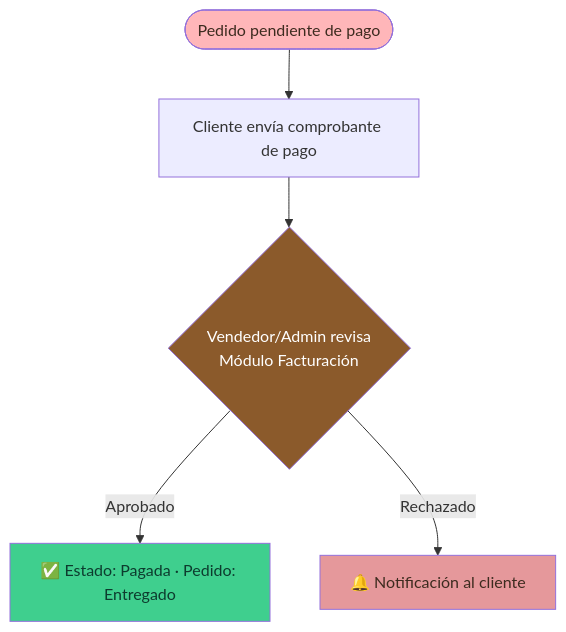
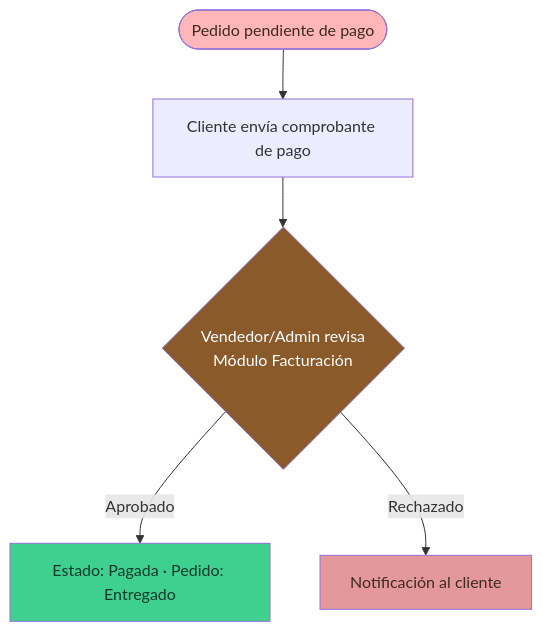
The second of 4 diagrams in README.md (19Yisus22/WEB_D.ANTOJITOS-VS_2026), drawn with Mermaid before and after one commit. The commit also changed other lines of this file and 25 other files, not shown here.

````diff
--- a/README.md
+++ b/README.md
@@ -137,12 +131,12 @@
 ```mermaid
 flowchart TD
     A([Pedido pendiente de pago]) --> B[Cliente envía comprobante de pago]
     B --> C{Vendedor/Admin revisa<br/>Módulo Facturación}
-    C -->|Aprobado| D["✅ Estado: Pagada · Pedido: Entregado"]
-    C -->|Rechazado| E["🔔 Notificación al cliente"]
+    C -->|Aprobado| D["Estado: Pagada · Pedido: Entregado"]
+    C -->|Rechazado| E["Notificación al cliente"]
 
     style A fill:#FFB6B9,color:#3d2b1f
     style C fill:#8B5A2B,color:#fff
     style D fill:#3FCF8E,color:#0d3b2e
     style E fill:#E5989B,color:#3d2b1f
 ```
````
